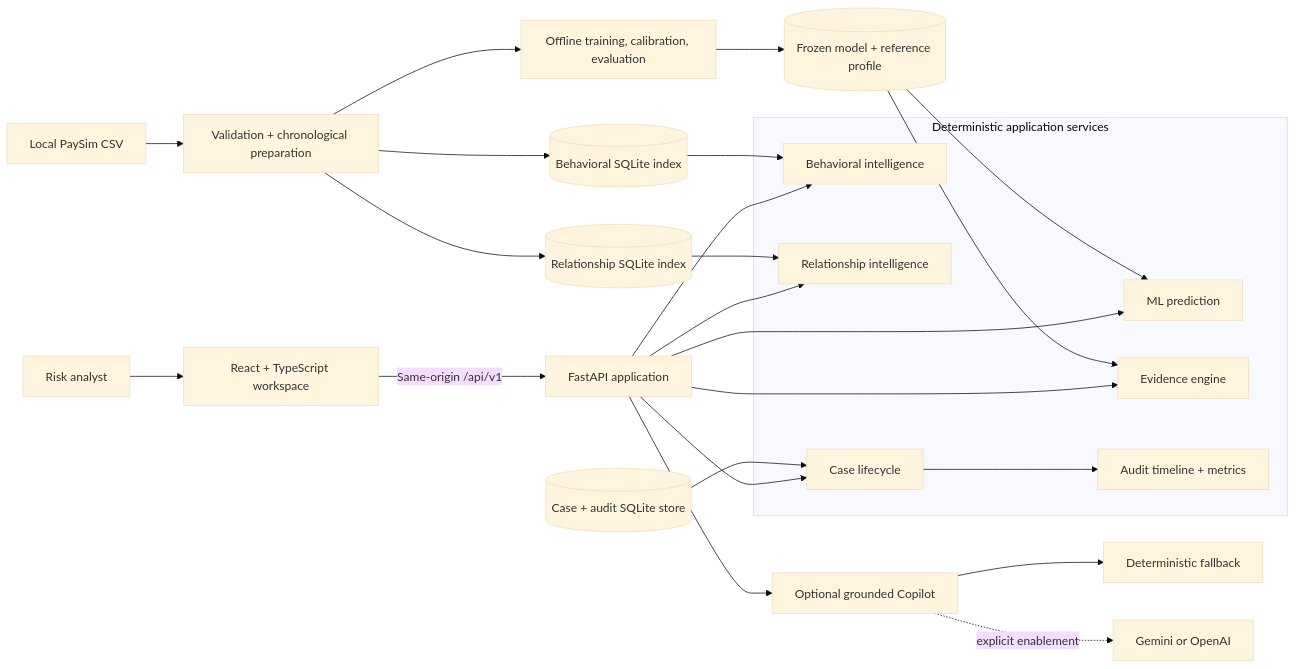
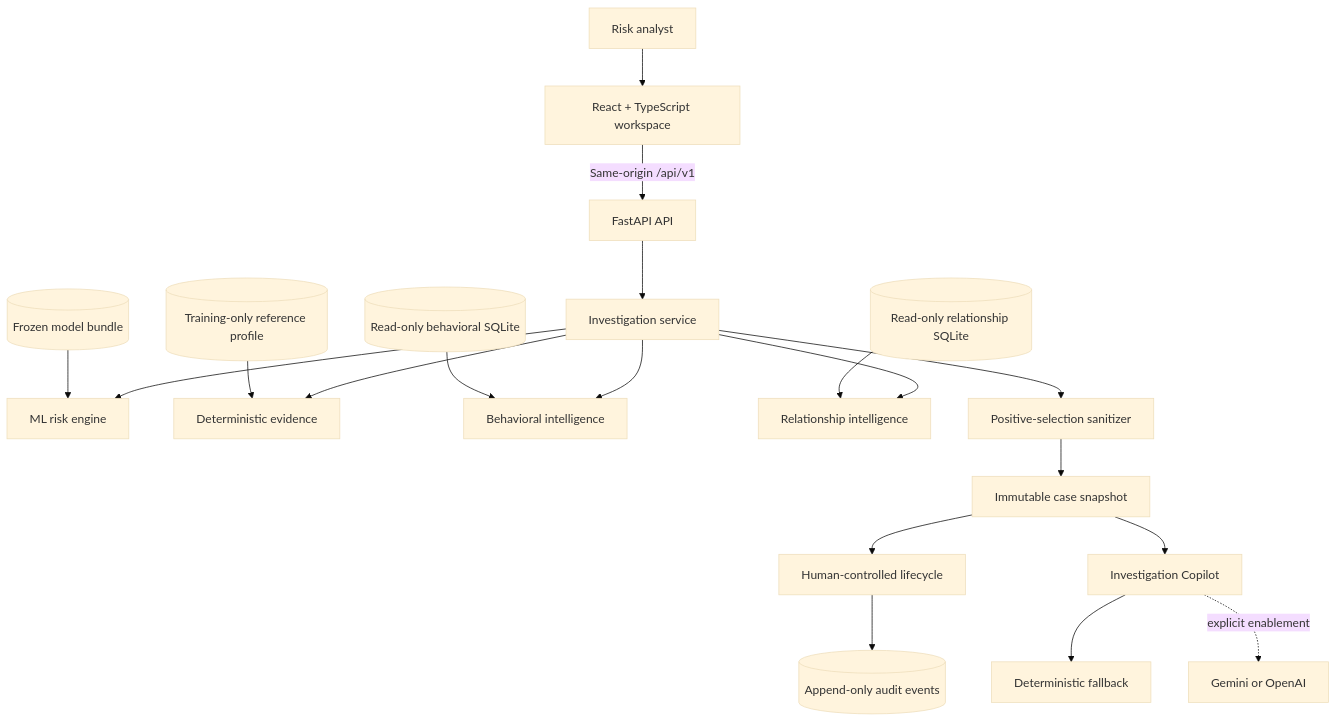
Before and after one commit to adilbagwan46/fraudetect-Ai: the first of 4 diagrams in README.md, drawn with Mermaid (base theme). The commit also changed other lines of this file and 1 other file, not shown here.

````diff
--- a/README.md
+++ b/README.md
@@ -113,37 +130,25 @@
 ```mermaid
-flowchart LR
+flowchart TB
     Analyst[Risk analyst] --> UI[React + TypeScript workspace]
-    UI -->|Same-origin /api/v1| API[FastAPI application]
+    UI -->|Same-origin /api/v1| API[FastAPI API]
 
-    subgraph Services[Deterministic application services]
-        Risk[ML prediction]
-        Evidence[Evidence engine]
-        Behavior[Behavioral intelligence]
-        Relationship[Relationship intelligence]
-        Cases[Case lifecycle]
-        Audit[Audit timeline + metrics]
-    end
+    API --> Investigation[Investigation service]
+    Investigation --> Risk[ML risk engine]
+    Investigation --> Evidence[Deterministic evidence]
+    Investigation --> Behavior[Behavioral intelligence]
+    Investigation --> Relationship[Relationship intelligence]
 
-    API --> Risk
-    API --> Evidence
-    API --> Behavior
-    API --> Relationship
-    API --> Cases
-    Cases --> Audit
+    Model[(Frozen model bundle)] --> Risk
+    Profile[(Training-only reference profile)] --> Evidence
+    BehaviorDB[(Read-only behavioral SQLite)] --> Behavior
+    RelationshipDB[(Read-only relationship SQLite)] --> Relationship
 
-    Model[(Frozen model + reference profile)] --> Risk
-    Model --> Evidence
-    BehaviorDB[(Behavioral SQLite index)] --> Behavior
-    RelationshipDB[(Relationship SQLite index)] --> Relationship
-    CaseDB[(Case + audit SQLite store)] --> Cases
+    Investigation --> Sanitizer[Positive-selection sanitizer]
+    Sanitizer --> Cases[Immutable case snapshot]
+    Cases --> Workflow[Human-controlled lifecycle]
+    Workflow --> Audit[(Append-only audit events)]
 
-    API --> Copilot[Optional grounded Copilot]
+    Cases --> Copilot[Investigation Copilot]
     Copilot --> Fallback[Deterministic fallback]
     Copilot -. explicit enablement .-> Providers[Gemini or OpenAI]
-
-    PaySim[Local PaySim CSV] --> Preparation[Validation + chronological preparation]
-    Preparation --> Training[Offline training, calibration, evaluation]
-    Preparation --> BehaviorDB
-    Preparation --> RelationshipDB
-    Training --> Model
 ```
````
